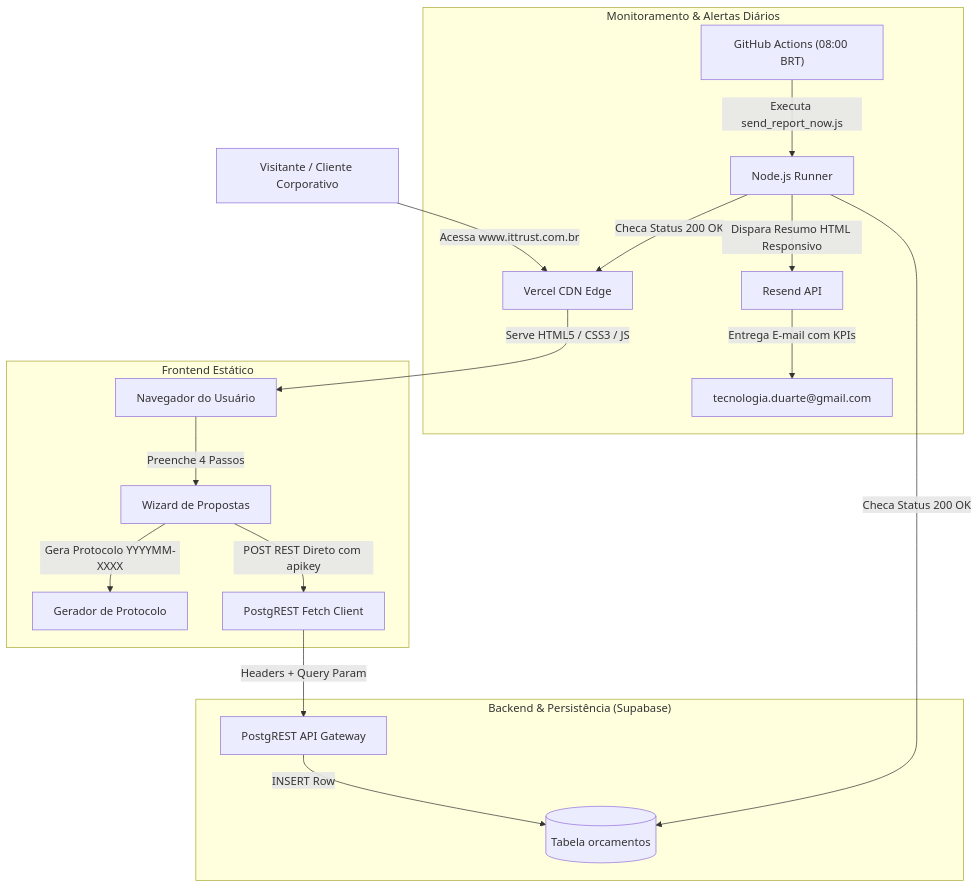
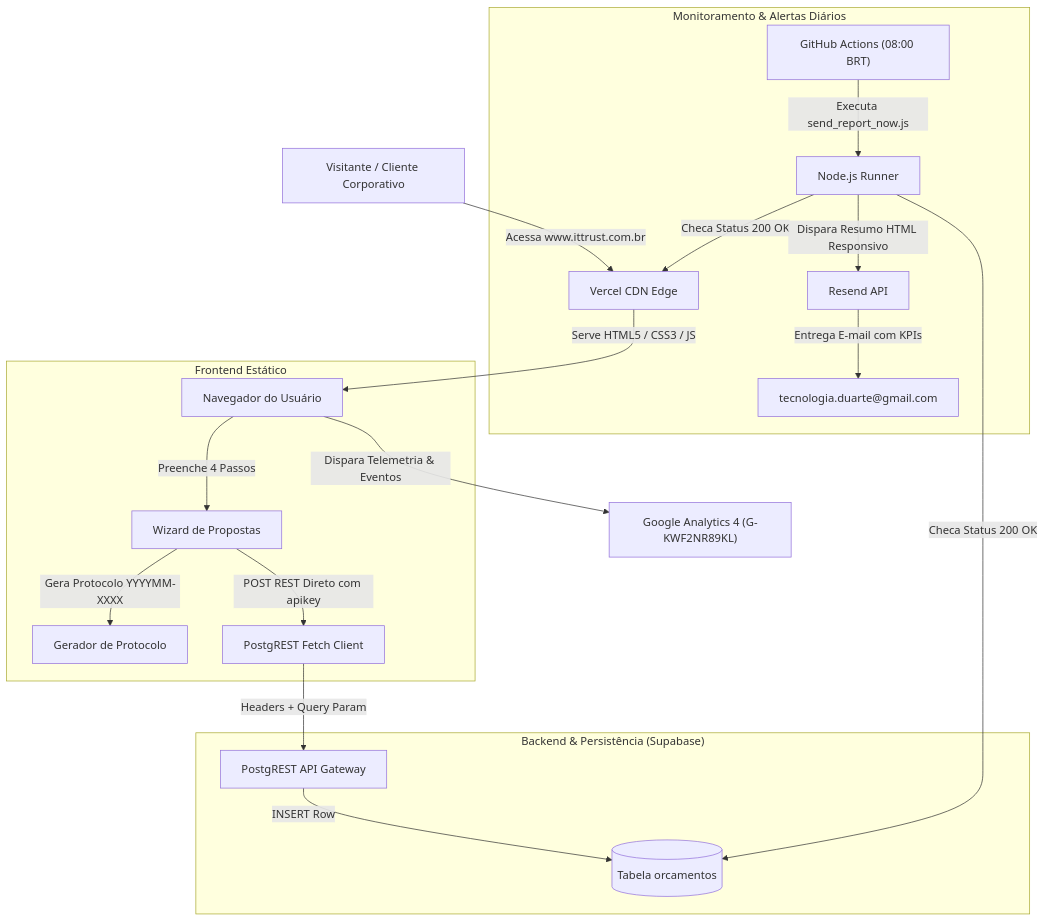
One commit to LeandroDuarte28/it-trust-solutions-complete changed the diagram in DOCUMENTATION.md. Above: the diagram before and after it, drawn with Mermaid. The commit also changed other lines of this file and 2 other files, not shown here.

Commit message:
feat(analytics): adicionar tag do Google Analytics (GA4 G-KWF2NR89KL) e atualizar documentacao

````diff
--- a/DOCUMENTATION.md
+++ b/DOCUMENTATION.md
@@ -70,24 +76,25 @@
 ```mermaid
 graph TD
     User["Visitante / Cliente Corporativo"] -->|Acessa www.ittrust.com.br| Vercel["Vercel CDN Edge"]
     Vercel -->|Serve HTML5 / CSS3 / JS| Browser["Navegador do Usuário"]
+    Browser -->|Dispara Telemetria & Eventos| GA["Google Analytics 4 (G-KWF2NR89KL)"]
     
     subgraph Frontend ["Frontend Estático"]
         Browser -->|Preenche 4 Passos| Wizard["Wizard de Propostas"]
         Wizard -->|Gera Protocolo YYYYMM-XXXX| ProtocolGen["Gerador de Protocolo"]
         Wizard -->|POST REST Direto com apikey| RESTClient["PostgREST Fetch Client"]
     end
     
     subgraph Backend ["Backend & Persistência (Supabase)"]
         RESTClient -->|Headers + Query Param| SupabaseREST["PostgREST API Gateway"]
         SupabaseREST -->|INSERT Row| TableOrcamentos[("Tabela orcamentos")]
     end
 
     subgraph Observabilidade ["Monitoramento & Alertas Diários"]
         GHAction["GitHub Actions (08:00 BRT)"] -->|Executa send_report_now.js| Runner["Node.js Runner"]
         Runner -->|Checa Status 200 OK| Vercel
         Runner -->|Checa Status 200 OK| TableOrcamentos
         Runner -->|Dispara Resumo HTML Responsivo| ResendAPI["Resend API"]
         ResendAPI -->|Entrega E-mail com KPIs| AdminMail["tecnologia.duarte@gmail.com"]
     end
 ```
````
